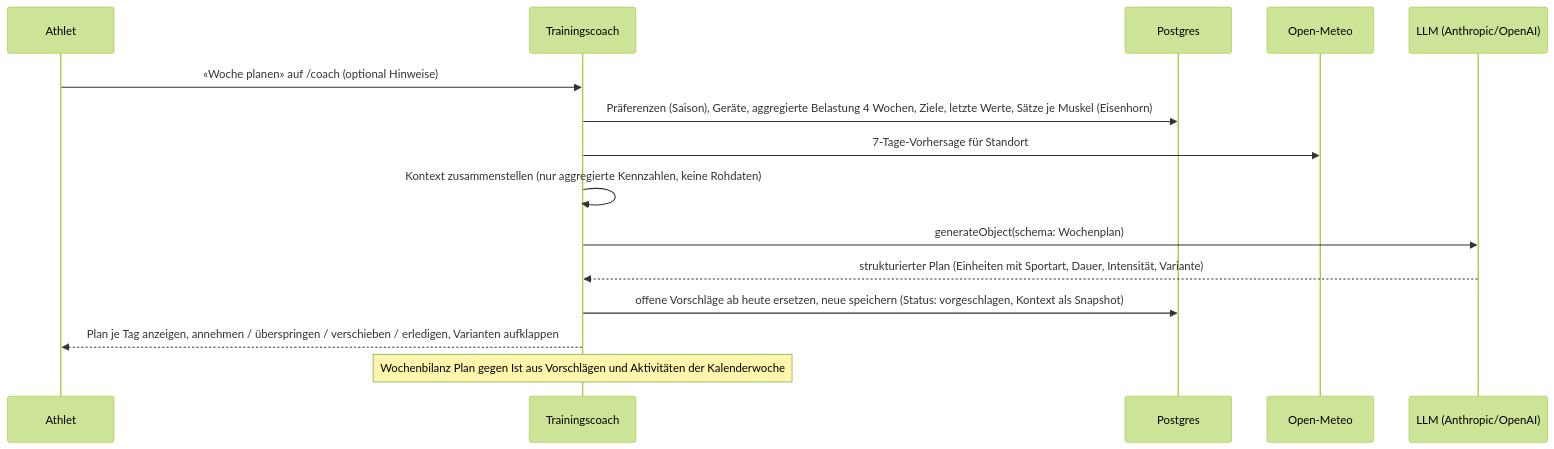
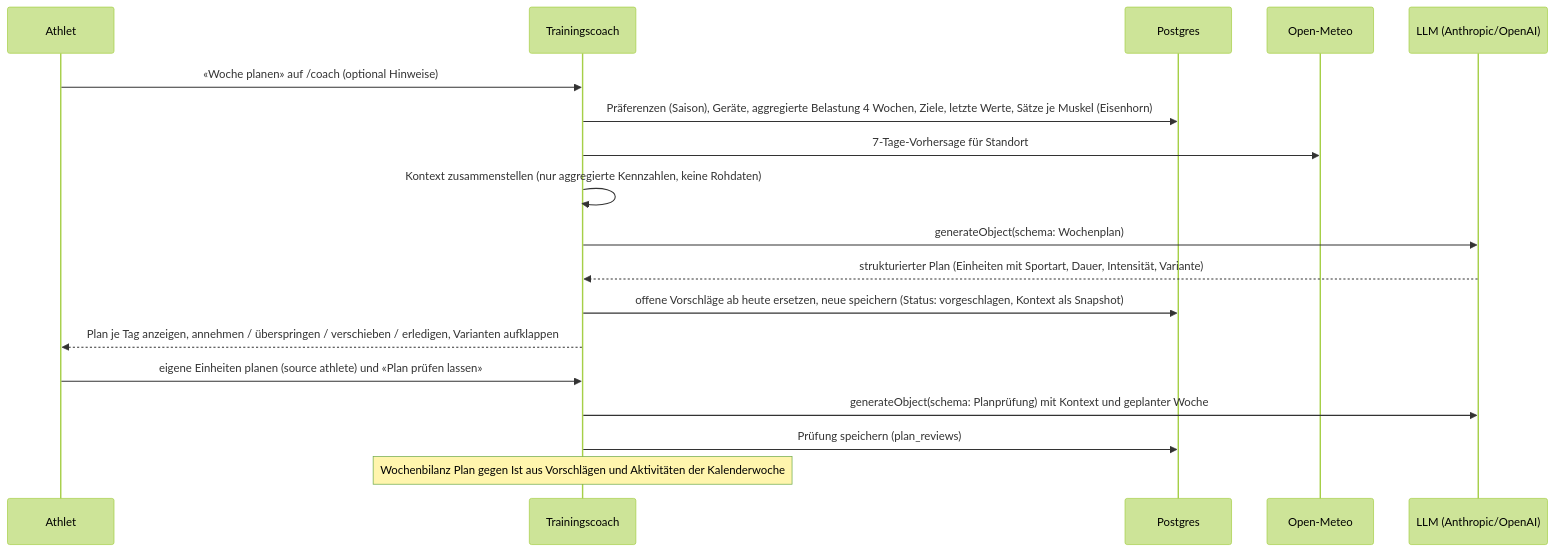
The sixth of 7 diagrams in docs/02-architektur.md (NeuhausD/trainingscoach), drawn with Mermaid (forest theme) before and after one commit. The commit also changed other lines of this file and 20 other files, not shown here.

````diff
--- a/docs/02-architektur.md
+++ b/docs/02-architektur.md
@@ -183,17 +183,20 @@
 ```mermaid
 sequenceDiagram
     participant U as Athlet
     participant A as Trainingscoach
     participant DB as Postgres
     participant W as Open-Meteo
     participant L as LLM (Anthropic/OpenAI)
     U->>A: «Woche planen» auf /coach (optional Hinweise)
     A->>DB: Präferenzen (Saison), Geräte, aggregierte Belastung 4 Wochen, Ziele, letzte Werte, Sätze je Muskel (Eisenhorn)
     A->>W: 7-Tage-Vorhersage für Standort
     A->>A: Kontext zusammenstellen (nur aggregierte Kennzahlen, keine Rohdaten)
     A->>L: generateObject(schema: Wochenplan)
     L-->>A: strukturierter Plan (Einheiten mit Sportart, Dauer, Intensität, Variante)
     A->>DB: offene Vorschläge ab heute ersetzen, neue speichern (Status: vorgeschlagen, Kontext als Snapshot)
     A-->>U: Plan je Tag anzeigen, annehmen / überspringen / verschieben / erledigen, Varianten aufklappen
+    U->>A: eigene Einheiten planen (source athlete) und «Plan prüfen lassen»
+    A->>L: generateObject(schema: Planprüfung) mit Kontext und geplanter Woche
+    A->>DB: Prüfung speichern (plan_reviews)
     Note over A: Wochenbilanz Plan gegen Ist aus Vorschlägen und Aktivitäten der Kalenderwoche
 ```
````
